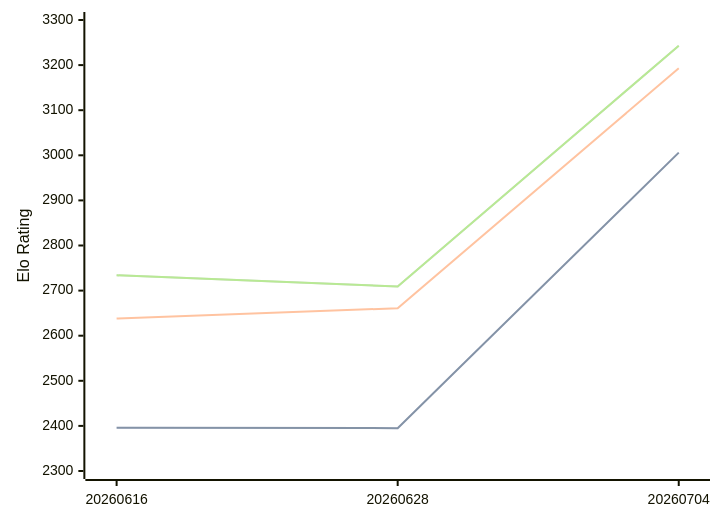
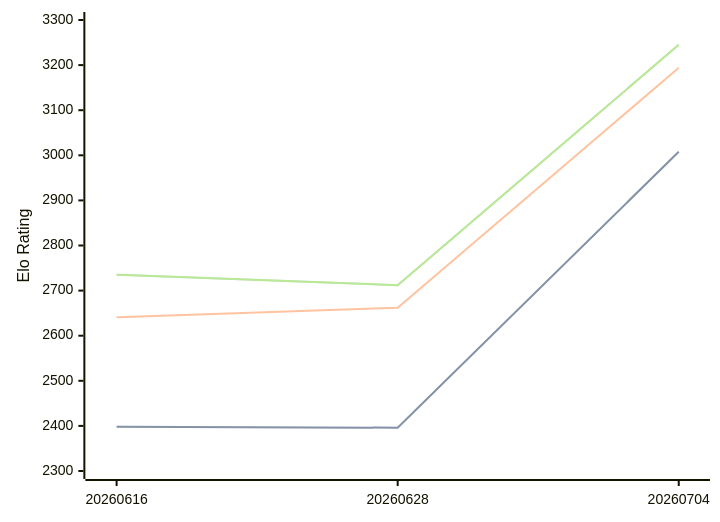
Before and after one commit to computer-chess-index/cci: the diagram in engines/Askaig.md, drawn with Mermaid. The commit also changed other lines of this file, not shown here.

Commit message:
Update CCI Ratings (ELO VLTC) - 2026-08-09

````diff
--- a/engines/Askaig.md
+++ b/engines/Askaig.md
@@ -35,11 +35,11 @@
 ```mermaid
 %%{init: {"theme":"base","themeVariables":{"seriesColors:['#a3a3a3','#222221','#faa371']}}}%%
 xychart-beta
   x-axis ["20260616", "20260628", "20260704"]
   y-axis "Elo Rating" 2300 --> 3300
-  line "STC (8.0+0.08s)" [2396, 2395, 3006]
-  line "STC (8.0+0.08s)" [2396, 2395, 3006]
-  line "LTC (60.0+0.60s)" [2638, 2661, 3193]
-  line "VLTC (2m24s+1.12s)" [2734, 2709, 3243]
-  line "VLTC (2m24s+1.12s)" [2734, 2709, 3243]
+  line "STC (8.0+0.08s)" [2398, 2396, 3008]
+  line "STC (8.0+0.08s)" [2398, 2396, 3008]
+  line "LTC (60.0+0.60s)" [2641, 2662, 3194]
+  line "VLTC (2m24s+1.12s)" [2735, 2712, 3245]
+  line "VLTC (2m24s+1.12s)" [2735, 2712, 3245]
 ```
````
